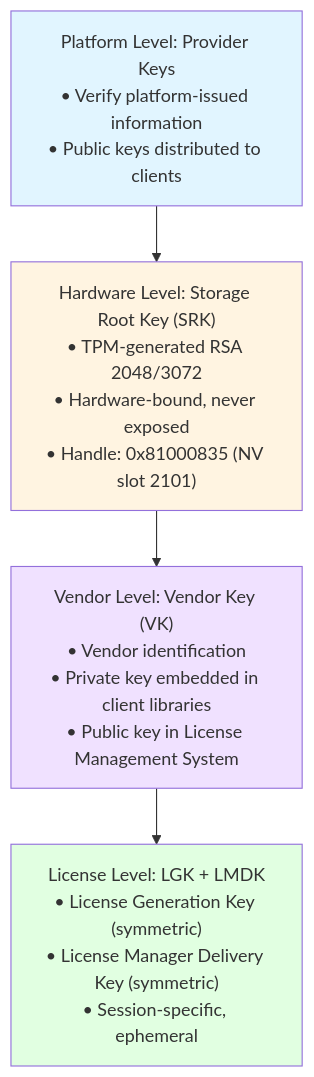
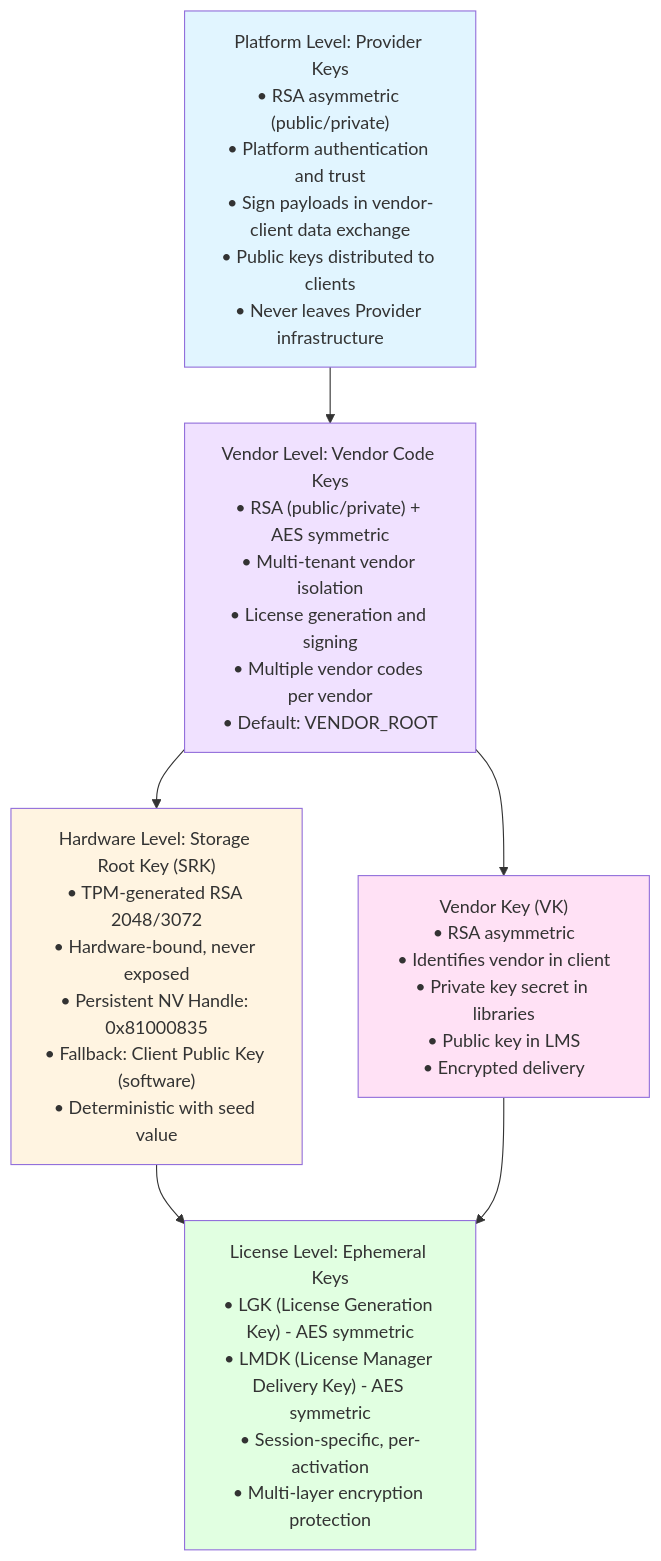
Before and after one commit to mariobr/TL2_Documentation: the second of 3 diagrams in Generated/Dev Overview/TrustedLicensing_Client_Security_Cryptography.md, drawn with Mermaid. The commit also changed other lines of this file and 6 other files, not shown here.

First line of the commit message:
Add documentation for License Generation workflow and flow diagram

````diff
--- a/Generated/Dev Overview/TrustedLicensing_Client_Security_Cryptography.md
+++ b/Generated/Dev Overview/TrustedLicensing_Client_Security_Cryptography.md
@@ -159,19 +140,24 @@
 ```mermaid
 flowchart TD
-    Provider["Platform Level: Provider Keys<br/>• Verify platform-issued information<br/>• Public keys distributed to clients"]
+    Provider["Platform Level: Provider Keys<br/>• RSA asymmetric (public/private)<br/>• Platform authentication and trust<br/>• Sign payloads in vendor-client data exchange<br/>• Public keys distributed to clients<br/>• Never leaves Provider infrastructure"]
     
-    SRK["Hardware Level: Storage Root Key (SRK)<br/>• TPM-generated RSA 2048/3072<br/>• Hardware-bound, never exposed<br/>• Handle: 0x81000835 (NV slot 2101)"]
+    VendorCode["Vendor Level: Vendor Code Keys<br/>• RSA (public/private) + AES symmetric<br/>• Multi-tenant vendor isolation<br/>• License generation and signing<br/>• Multiple vendor codes per vendor<br/>• Default: VENDOR_ROOT"]
     
-    VK["Vendor Level: Vendor Key (VK)<br/>• Vendor identification<br/>• Private key embedded in client libraries<br/>• Public key in License Management System"]
+    SRK["Hardware Level: Storage Root Key (SRK)<br/>• TPM-generated RSA 2048/3072<br/>• Hardware-bound, never exposed<br/>• Persistent NV Handle: 0x81000835<br/>• Fallback: Client Public Key (software)<br/>• Deterministic with seed value"]
     
-    License["License Level: LGK + LMDK<br/>• License Generation Key (symmetric)<br/>• License Manager Delivery Key (symmetric)<br/>• Session-specific, ephemeral"]
+    VendorKey["Vendor Key (VK)<br/>• RSA asymmetric<br/>• Identifies vendor in client<br/>• Private key secret in libraries<br/>• Public key in LMS<br/>• Encrypted delivery"]
     
-    Provider --> SRK
-    SRK --> VK
-    VK --> License
+    License["License Level: Ephemeral Keys<br/>• LGK (License Generation Key) - AES symmetric<br/>• LMDK (License Manager Delivery Key) - AES symmetric<br/>• Session-specific, per-activation<br/>• Multi-layer encryption protection"]
+    
+    Provider --> VendorCode
+    VendorCode --> SRK
+    VendorCode --> VendorKey
+    SRK --> License
+    VendorKey --> License
     
     style Provider fill:#e1f5ff
+    style VendorCode fill:#f0e1ff
     style SRK fill:#fff4e1
-    style VK fill:#f0e1ff
+    style VendorKey fill:#ffe1f5
     style License fill:#e1ffe1
 ```
````
